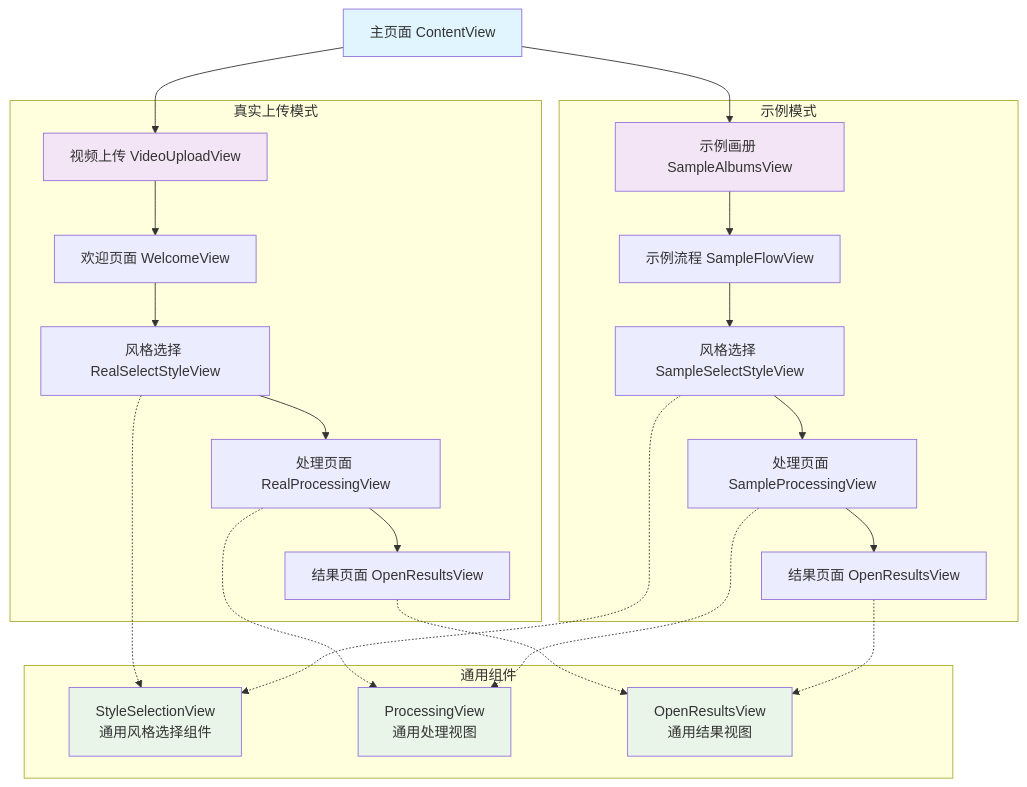
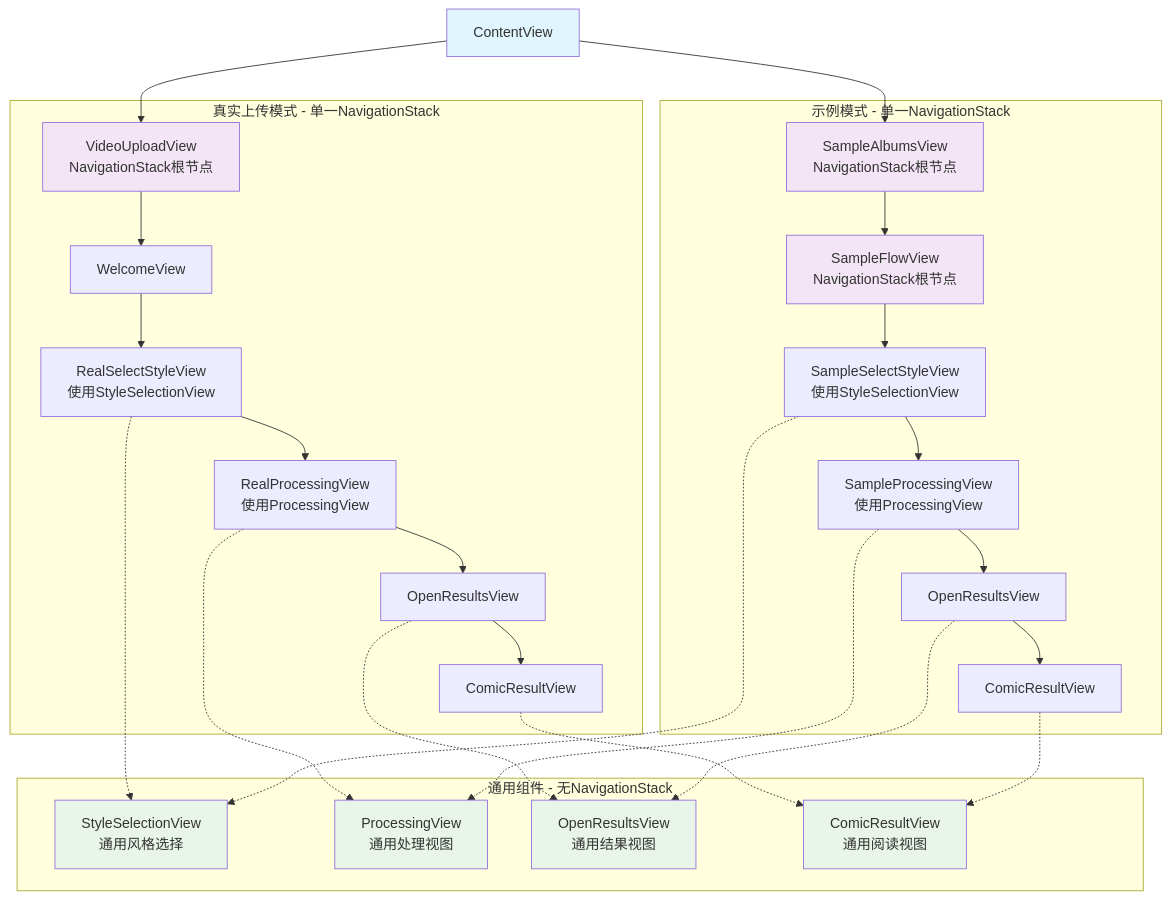
Before and after one commit to ZZZcrew/FrameWeavers_iOS: the diagram in README.md, drawn with Mermaid.

Commit message:
docs(README): 更新项目架构图

````diff
--- a/README.md
+++ b/README.md
@@ -3,41 +3,47 @@
 ```mermaid
 graph TD
 
-A[主页面 ContentView] --> B[视频上传 VideoUploadView]
-A --> C[示例画册 SampleAlbumsView]
-
-subgraph "真实上传模式"
-    B --> D[欢迎页面 WelcomeView]
-    D --> E[风格选择 RealSelectStyleView]
-    E --> F[处理页面 RealProcessingView]
-    F --> G[结果页面 OpenResultsView]
-end
-
-subgraph "示例模式"
-    C --> H[示例流程 SampleFlowView]
-    H --> I[风格选择 SampleSelectStyleView]
-    I --> J[处理页面 SampleProcessingView]
-    J --> K[结果页面 OpenResultsView]
-end
-
-subgraph "通用组件"
-    L[StyleSelectionView<br/>通用风格选择组件]
-    M[ProcessingView<br/>通用处理视图]
-    N[OpenResultsView<br/>通用结果视图]
-end
-
-E -.-> L
-I -.-> L
-F -.-> M
-J -.-> M
-G -.-> N
-K -.-> N
-
-style A fill:#e1f5fe
-style B fill:#f3e5f5
-style C fill:#f3e5f5
-style L fill:#e8f5e8
-style M fill:#e8f5e8
-style N fill:#e8f5e8
-
+    A[ContentView] --> B[VideoUploadView<br/>NavigationStack根节点]
+    A --> C[SampleAlbumsView<br/>NavigationStack根节点]
+    
+    subgraph "真实上传模式 - 单一NavigationStack"
+        B --> D[WelcomeView]
+        D --> E[RealSelectStyleView<br/>使用StyleSelectionView]
+        E --> F[RealProcessingView<br/>使用ProcessingView]
+        F --> G[OpenResultsView]
+        G --> H[ComicResultView]
+    end
+    
+    subgraph "示例模式 - 单一NavigationStack"
+        C --> I[SampleFlowView<br/>NavigationStack根节点]
+        I --> J[SampleSelectStyleView<br/>使用StyleSelectionView]
+        J --> K[SampleProcessingView<br/>使用ProcessingView]
+        K --> L[OpenResultsView]
+        L --> M[ComicResultView]
+    end
+    
+    subgraph "通用组件 - 无NavigationStack"
+        N[StyleSelectionView<br/>通用风格选择]
+        O[ProcessingView<br/>通用处理视图]
+        P[OpenResultsView<br/>通用结果视图]
+        Q[ComicResultView<br/>通用阅读视图]
+    end
+    
+    E -.-> N
+    J -.-> N
+    F -.-> O
+    K -.-> O
+    G -.-> P
+    L -.-> P
+    H -.-> Q
+    M -.-> Q
+    
+    style A fill:#e1f5fe
+    style B fill:#f3e5f5
+    style C fill:#f3e5f5
+    style I fill:#f3e5f5
+    style N fill:#e8f5e8
+    style O fill:#e8f5e8
+    style P fill:#e8f5e8
+    style Q fill:#e8f5e8
 ```
````
